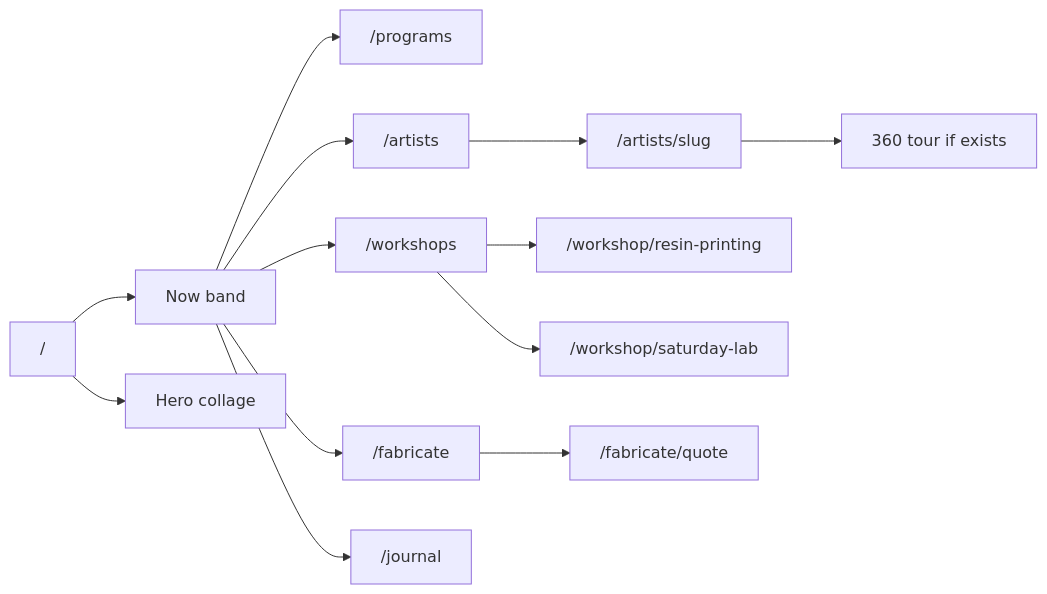
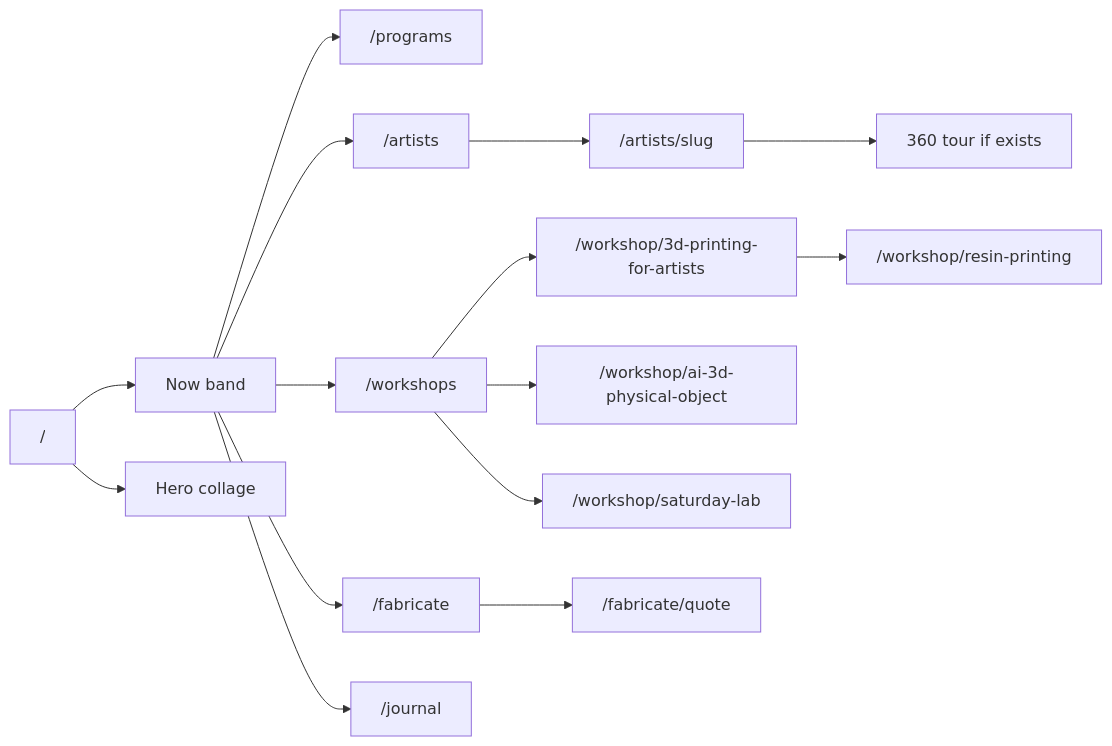
Before and after one commit to moisestech/infra24: the diagram in docs/dcc/IMAGE_SHOT_LIST.md, drawn with Mermaid. The commit also changed other lines of this file and 22 other files, not shown here.

````diff
--- a/docs/dcc/IMAGE_SHOT_LIST.md
+++ b/docs/dcc/IMAGE_SHOT_LIST.md
@@ -9,15 +9,17 @@
 ```mermaid
 flowchart LR
   home["/"] --> now["Now band"]
   home --> collage["Hero collage"]
   now --> programs["/programs"]
   now --> artists["/artists"]
   now --> workshops["/workshops"]
   now --> fabricate["/fabricate"]
   now --> journal["/journal"]
   artists --> artistPage["/artists/slug"]
   artistPage --> tour["360 tour if exists"]
-  workshops --> resin["/workshop/resin-printing"]
+  workshops --> threeD["/workshop/3d-printing-for-artists"]
+  workshops --> ai3d["/workshop/ai-3d-physical-object"]
   workshops --> satlab["/workshop/saturday-lab"]
+  threeD --> resin["/workshop/resin-printing"]
   fabricate --> quote["/fabricate/quote"]
 ```
````
